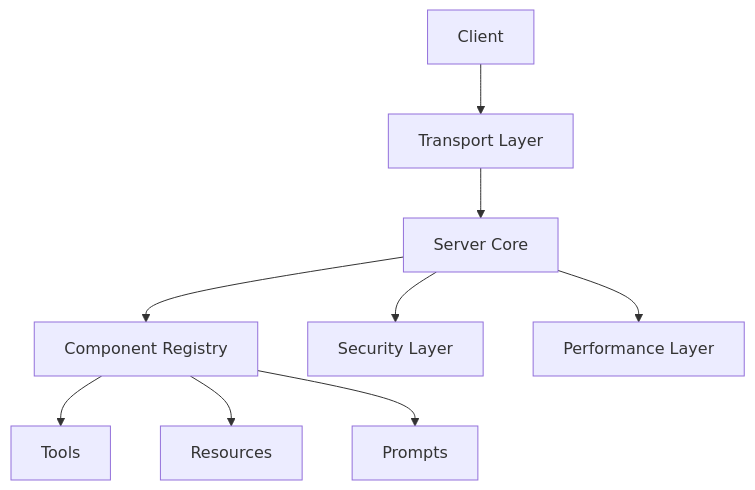
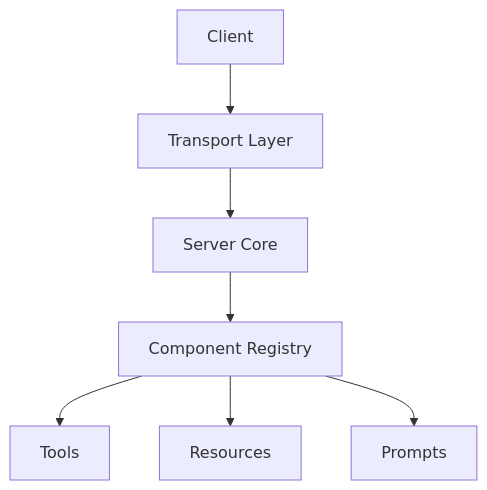
One commit to DavidNazareno/dynemcp changed the first of 3 diagrams in apps/src/content/docs/guides/architecture.mdx. Above: the diagram before and after it, drawn with Mermaid. The commit also changed other lines of this file and 14 other files, not shown here.

````diff
--- a/apps/src/content/docs/guides/architecture.mdx
+++ b/apps/src/content/docs/guides/architecture.mdx
@@ -22,11 +21,9 @@
 ```mermaid
 graph TD
     Client[Client] --> Transport[Transport Layer]
     Transport --> Server[Server Core]
     Server --> Registry[Component Registry]
     Registry --> Tools[Tools]
     Registry --> Resources[Resources]
     Registry --> Prompts[Prompts]
-    Server --> Security[Security Layer]
-    Server --> Performance[Performance Layer]
 ```
````
